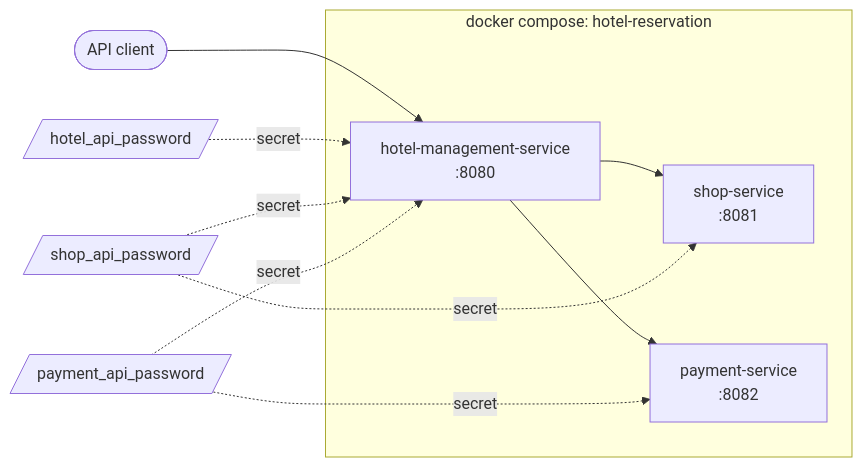
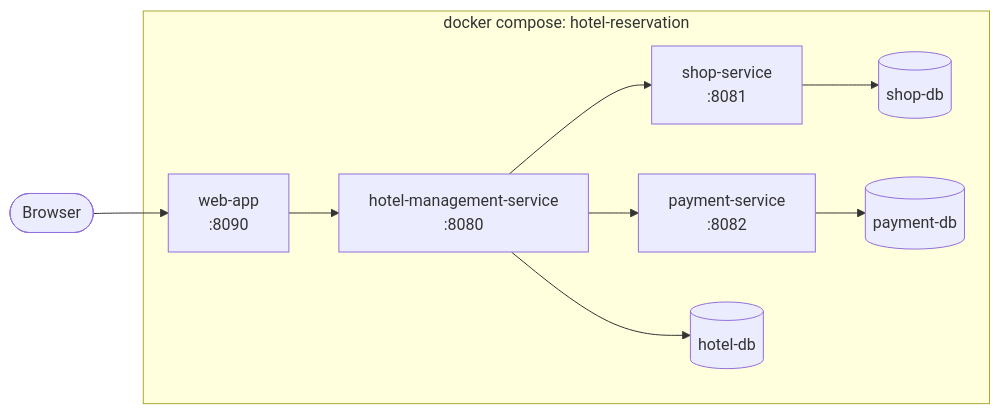
Before and after one commit to upb-fils-inter-proj/asd-hotel-reservation-nonaislop: the fourth of 4 diagrams in docs/architecture.md, drawn with Mermaid. The commit also changed other lines of this file and 128 other files, not shown here.

First line of the commit message:
Add guest and admin web app and a database per service

````diff
--- a/docs/architecture.md
+++ b/docs/architecture.md
@@ -182,21 +196,20 @@
 ```mermaid
 flowchart LR
-    client(["API client"])
+    browser(["Browser"])
     subgraph compose["docker compose: hotel-reservation"]
+        wa["web-app<br/>:8090"]
         hm["hotel-management-service<br/>:8080"]
         sh["shop-service<br/>:8081"]
         pa["payment-service<br/>:8082"]
+        hdb[("hotel-db")]
+        sdb[("shop-db")]
+        pdb[("payment-db")]
     end
-    s1[/"hotel_api_password"/]
-    s2[/"shop_api_password"/]
-    s3[/"payment_api_password"/]
-
-    client --> hm
+    browser --> wa
+    wa --> hm
     hm --> sh
     hm --> pa
-    s1 -. secret .-> hm
-    s2 -. secret .-> hm
-    s3 -. secret .-> hm
-    s2 -. secret .-> sh
-    s3 -. secret .-> pa
+    hm --> hdb
+    sh --> sdb
+    pa --> pdb
 ```
````
